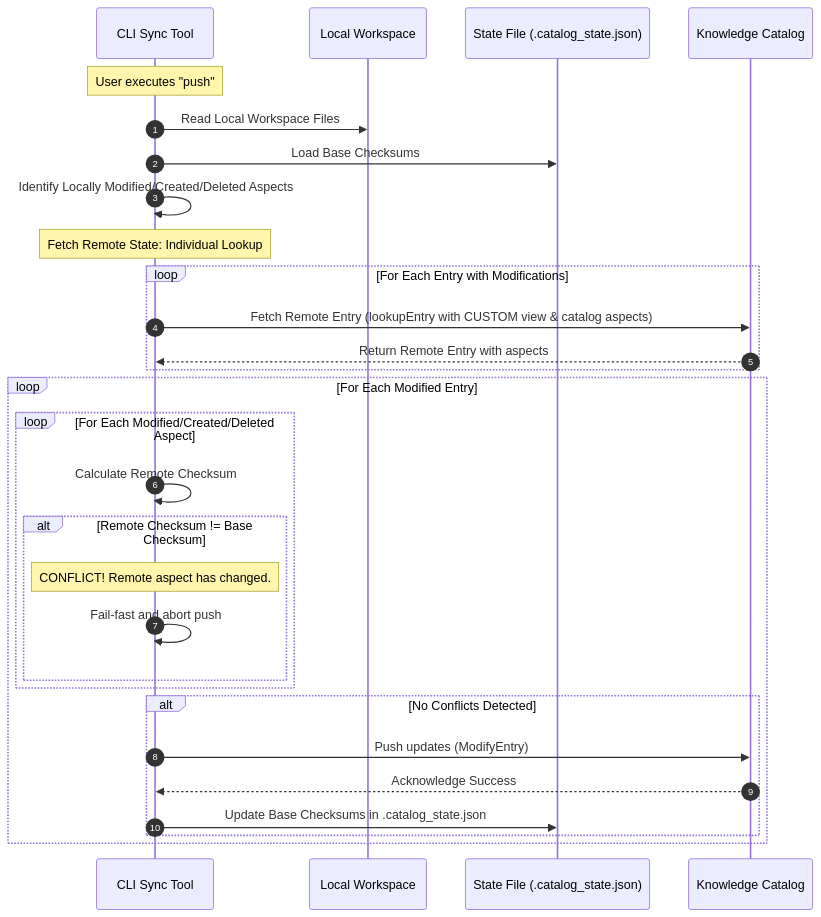
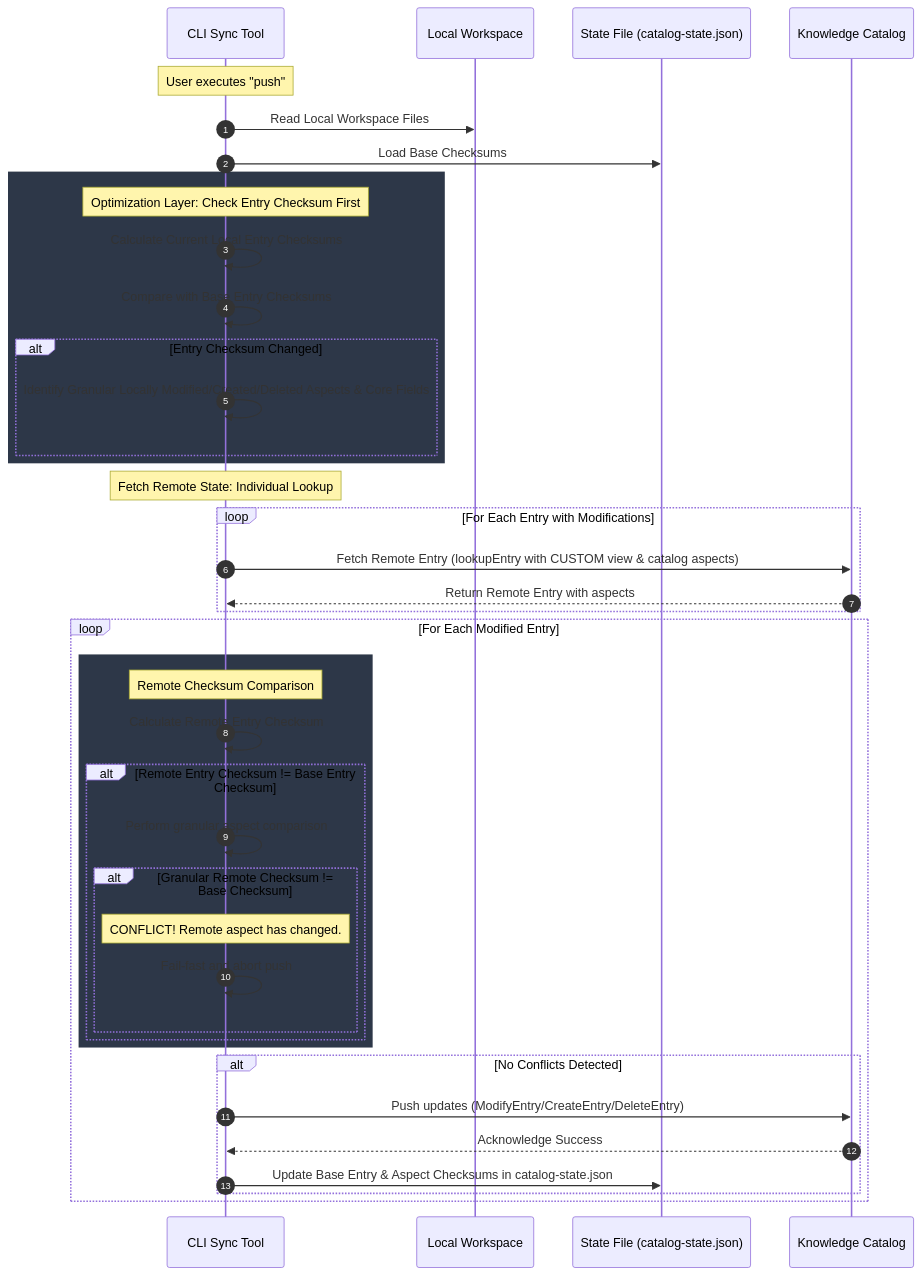
The third of 3 diagrams in toolbox/mdcode/docs/checksum_design.md (GoogleCloudPlatform/knowledge-catalog), drawn with Mermaid before and after one commit. The commit also changed other lines of this file, not shown here.

Commit message:
docs: update checksum design spec addressing review comments

````diff
--- a/toolbox/mdcode/docs/checksum_design.md
+++ b/toolbox/mdcode/docs/checksum_design.md
@@ -247,35 +269,47 @@
 ```mermaid
 sequenceDiagram
     autonumber
     participant Tool as CLI Sync Tool
     participant Disk as Local Workspace
-    participant State as State File (.catalog_state.json)
+    participant State as State File (catalog-state.json)
     participant Remote as Knowledge Catalog
 
     Note over Tool: User executes "push"
     Tool->>Disk: Read Local Workspace Files
     Tool->>State: Load Base Checksums
-    Tool->>Tool: Identify Locally Modified/Created/Deleted Aspects
+    
+    rect rgb(45, 55, 72)
+    Note over Tool: Optimization Layer: Check Entry Checksum First
+    Tool->>Tool: Calculate Current Local Entry Checksums
+    Tool->>Tool: Compare with Base Entry Checksums
+    alt Entry Checksum Changed
+        Tool->>Tool: Identify Granular Locally Modified/Created/Deleted Aspects & Core Fields
+    end
+    end
     
     Note over Tool: Fetch Remote State: Individual Lookup
     loop For Each Entry with Modifications
         Tool->>Remote: Fetch Remote Entry (lookupEntry with CUSTOM view & catalog aspects)
         Remote-->>Tool: Return Remote Entry with aspects
     end
 
     loop For Each Modified Entry
-        loop For Each Modified/Created/Deleted Aspect
-            Tool->>Tool: Calculate Remote Checksum
-            alt Remote Checksum != Base Checksum
+        rect rgb(45, 55, 72)
+        Note over Tool: Remote Checksum Comparison
+        Tool->>Tool: Calculate Remote Entry Checksum
+        alt Remote Entry Checksum != Base Entry Checksum
+            Tool->>Tool: Perform granular aspect comparison
+            alt Granular Remote Checksum != Base Checksum
                 Note over Tool: CONFLICT! Remote aspect has changed.
                 Tool->>Tool: Fail-fast and abort push
             end
         end
+        end
 
         alt No Conflicts Detected
-            Tool->>Remote: Push updates (ModifyEntry)
+            Tool->>Remote: Push updates (ModifyEntry/CreateEntry/DeleteEntry)
             Remote-->>Tool: Acknowledge Success
-            Tool->>State: Update Base Checksums in .catalog_state.json
+            Tool->>State: Update Base Entry & Aspect Checksums in catalog-state.json
         end
     end
 ```
````
